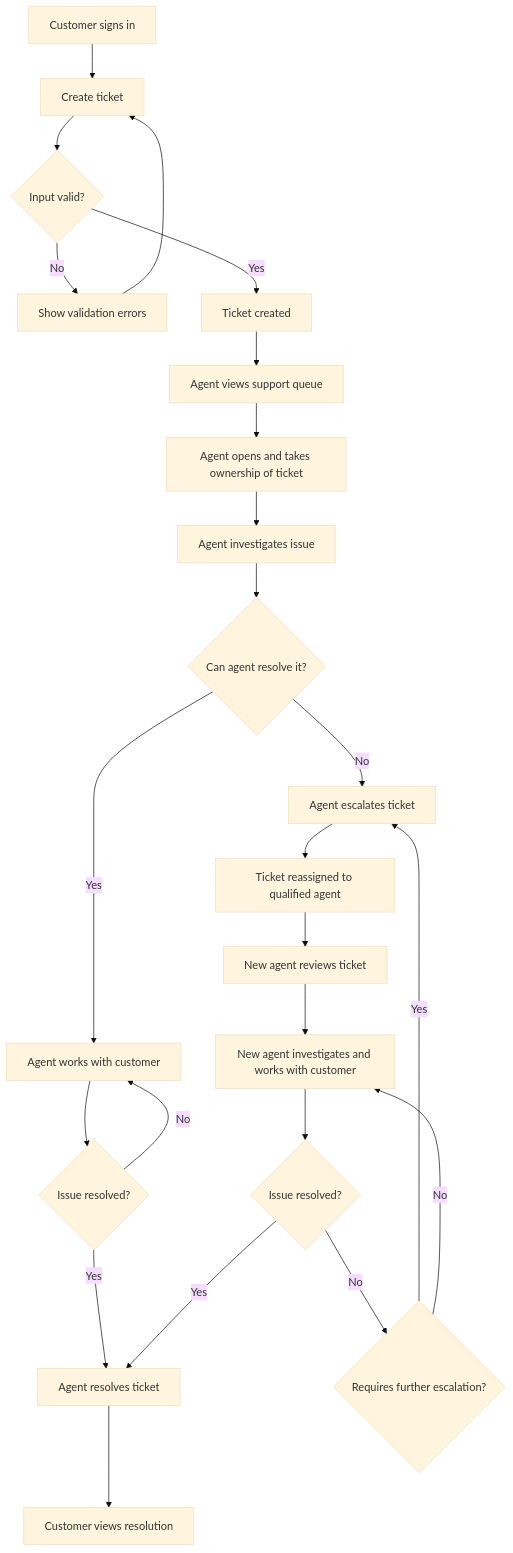
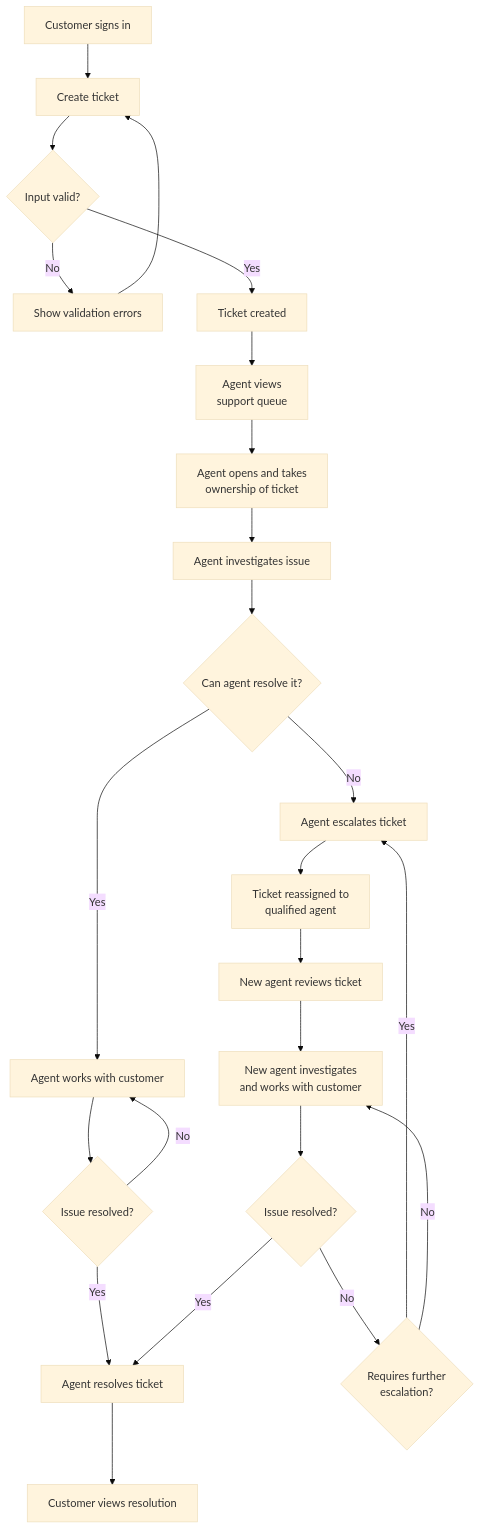
The diagram in workflows.md (Recluse2003/Helpdesk), drawn with Mermaid (base theme) before and after one commit.

````diff
--- a/workflows.md
+++ b/workflows.md
@@ -8,29 +8,29 @@
 ```mermaid
 flowchart TD
     A[Customer signs in] --> B[Create ticket]
     B --> C{Input valid?}
     C -- No --> D[Show validation errors]
     D --> B
     C -- Yes --> E[Ticket created]
-    E --> F[Agent views support queue]
-    F --> G[Agent opens and takes ownership of ticket]
+    F["Agent views<br>support queue"] --> G["Agent opens and takes<br>ownership of ticket"]
+    E --> F
     G --> H[Agent investigates issue]
     H --> I{Can agent resolve it?}
 
     I -- Yes --> J[Agent works with customer]
     J --> K{Issue resolved?}
     K -- No --> J
     K -- Yes --> L[Agent resolves ticket]
 
     I -- No --> M[Agent escalates ticket]
-    M --> N[Ticket reassigned to qualified agent]
+    M --> N["Ticket reassigned to<br>qualified agent"]
     N --> O[New agent reviews ticket]
-    O --> P[New agent investigates and works with customer]
+    O --> P["New agent investigates<br>and works with customer"]
     P --> Q{Issue resolved?}
-    Q -- No --> R{Requires further escalation?}
+    Q -- No --> R{Requires further<br>escalation?}
     R -- Yes --> M
     R -- No --> P
     Q -- Yes --> L
 
     L --> S[Customer views resolution]
 ```
````
